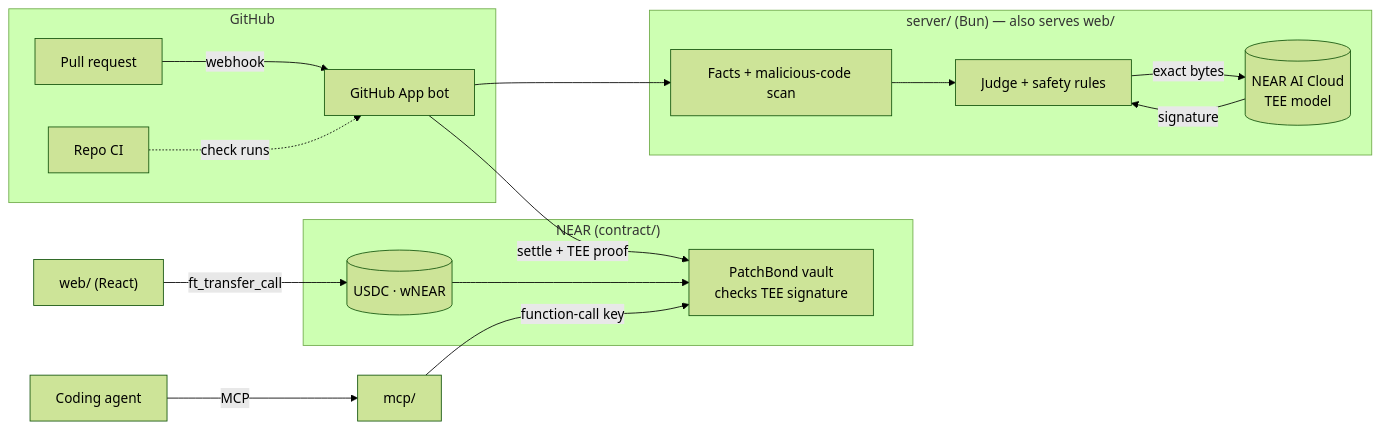
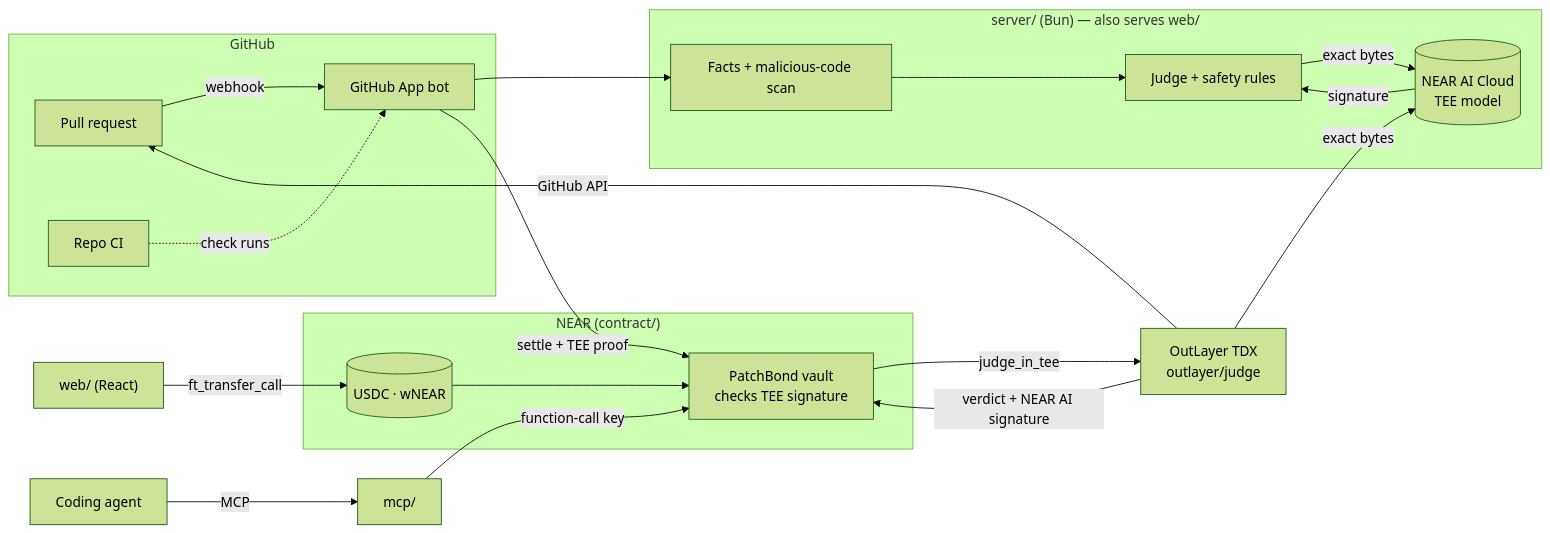
One commit to PatchBond/patchbond changed the diagram in README.md. Above: the diagram before and after it, drawn with Mermaid (forest theme). The commit also changed other lines of this file and 3 other files, not shown here.

Commit message:
docs: OUTLAYER.md (flow, parity proof, reproducible build, setup, what's still trusted); README/SECURITY updated

````diff
--- a/README.md
+++ b/README.md
@@ -186,20 +187,24 @@
 ```mermaid
 flowchart LR
   subgraph GitHub
     PR[Pull request] -->|webhook| BOT
     CI[Repo CI] -.check runs.-> BOT
   end
   subgraph Server["server/ (Bun) — also serves web/"]
     BOT[GitHub App bot] --> FACTS[Facts + malicious-code scan]
     FACTS --> JUDGE[Judge + safety rules]
     JUDGE -->|exact bytes| NEARAI[(NEAR AI Cloud<br/>TEE model)]
     NEARAI -->|signature| JUDGE
   end
   subgraph NEAR["NEAR (contract/)"]
     VAULT[PatchBond vault<br/>checks TEE signature]
     TOK[(USDC · wNEAR)]
   end
   WEB["web/ (React)"] -->|ft_transfer_call| TOK --> VAULT
   BOT -->|settle + TEE proof| VAULT
+  VAULT -->|judge_in_tee| OL["OutLayer TDX<br/>outlayer/judge"]
+  OL -->|GitHub API| PR
+  OL -->|exact bytes| NEARAI
+  OL -->|verdict + NEAR AI signature| VAULT
   AGENT["Coding agent"] -->|MCP| MCP["mcp/"] -->|function-call key| VAULT
 ```
````
